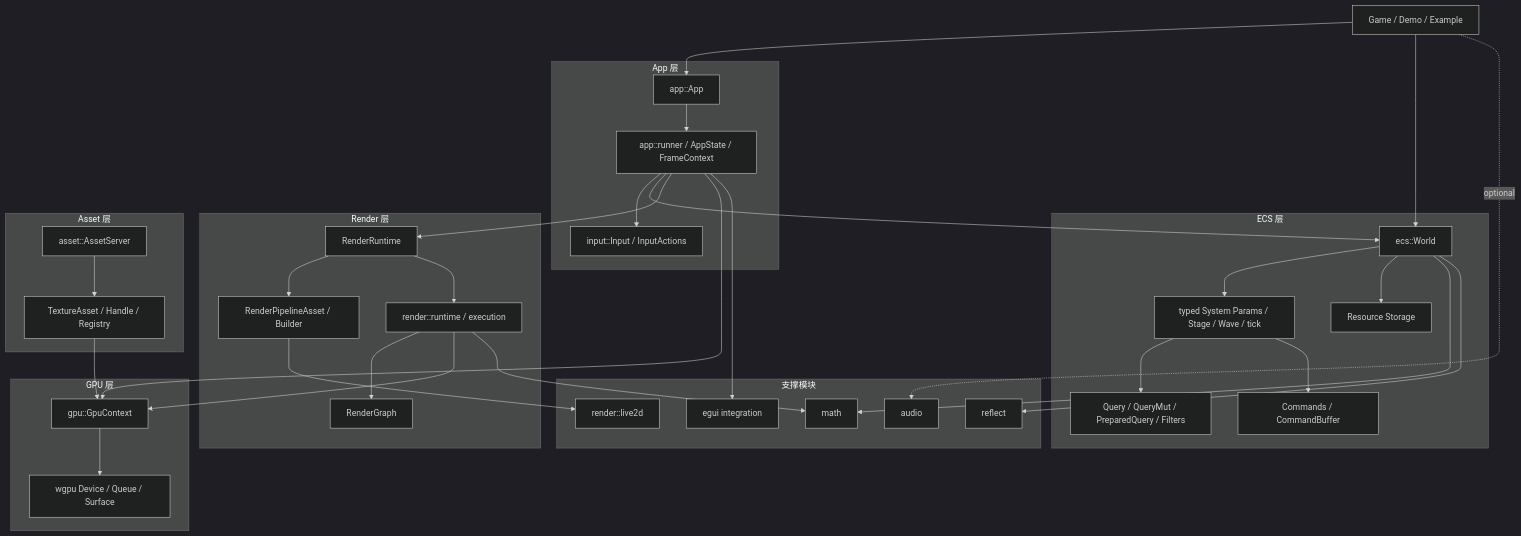
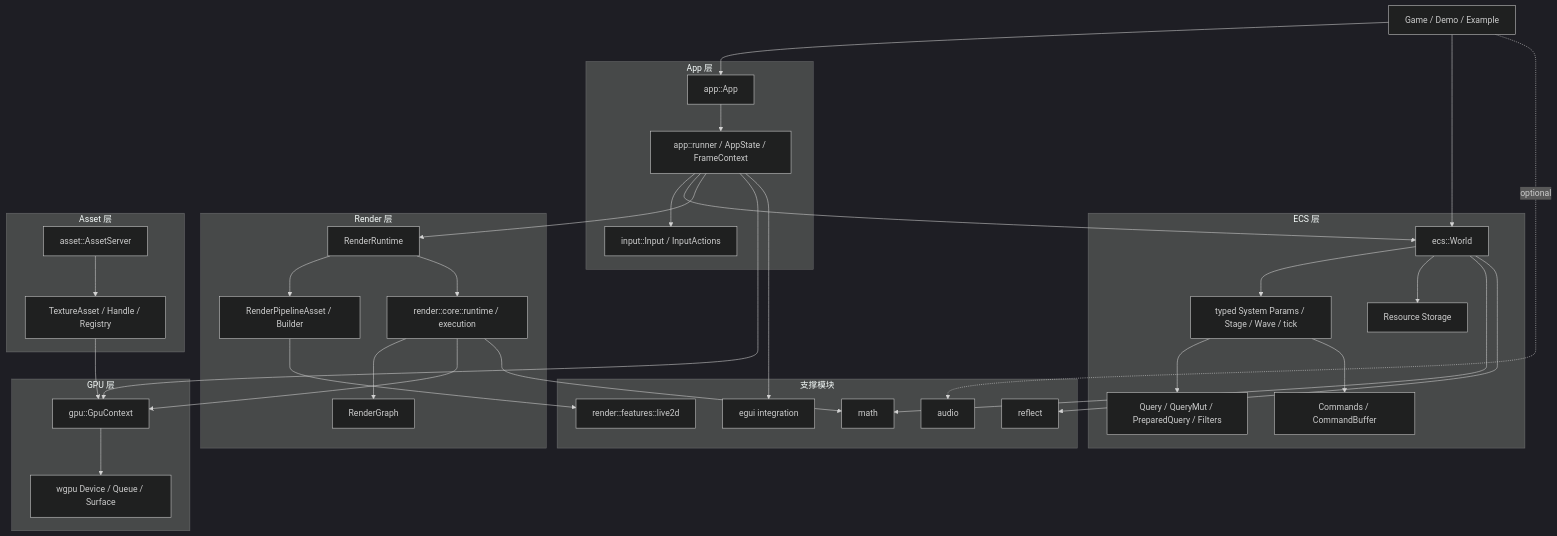
Before and after one commit to jz315/SkyEngine: the first of 6 diagrams in docs/architecture/architecture.md, drawn with Mermaid (dark theme). The commit also changed other lines of this file and 548 other files, not shown here.

````diff
--- a/docs/architecture/architecture.md
+++ b/docs/architecture/architecture.md
@@ -157,74 +157,74 @@
 ```mermaid
 flowchart TB
     User[Game / Demo / Example]
 
     subgraph AppLayer[App 层]
         App[app::App]
         Runner[app::runner / AppState / FrameContext]
         Input[input::Input / InputActions]
     end
 
     subgraph ECSLayer[ECS 层]
         World[ecs::World]
         Systems[typed System Params / Stage / Wave / tick]
         Queries[Query / QueryMut / PreparedQuery / Filters]
         Commands[Commands / CommandBuffer]
         Resources[Resource Storage]
     end
 
     subgraph RenderLayer[Render 层]
         RenderRt[RenderRuntime]
         Pipeline[RenderPipelineAsset / Builder]
-        Runtime[render::runtime / execution]
+        Runtime[render::core::runtime / execution]
         Graph[RenderGraph]
     end
 
     subgraph GPULayer[GPU 层]
         GPU[gpu::GpuContext]
         WGPU[wgpu Device / Queue / Surface]
     end
 
     subgraph AssetLayer[Asset 层]
         AssetServer[asset::AssetServer]
         AssetTypes[TextureAsset / Handle / Registry]
     end
 
     subgraph SupportLayer[支撑模块]
         Math[math]
         Reflect[reflect]
-        Live2D[render::live2d]
+        Live2D[render::features::live2d]
         Audio[audio]
         Egui[egui integration]
     end
 
     User --> App
     User --> World
 
     App --> Runner
     Runner --> Input
     Runner --> World
     Runner --> RenderRt
     Runner --> GPU
 
     World --> Systems
     Systems --> Queries
     Systems --> Commands
     World --> Resources
 
     RenderRt --> Pipeline
     RenderRt --> Runtime
     Runtime --> Graph
     Runtime --> GPU
 
     GPU --> WGPU
 
     AssetServer --> AssetTypes
     AssetTypes --> GPU
 
     World --> Math
     Runtime --> Math
     World --> Reflect
     Pipeline --> Live2D
     Runner --> Egui
     User -. optional .-> Audio
 ```
````
